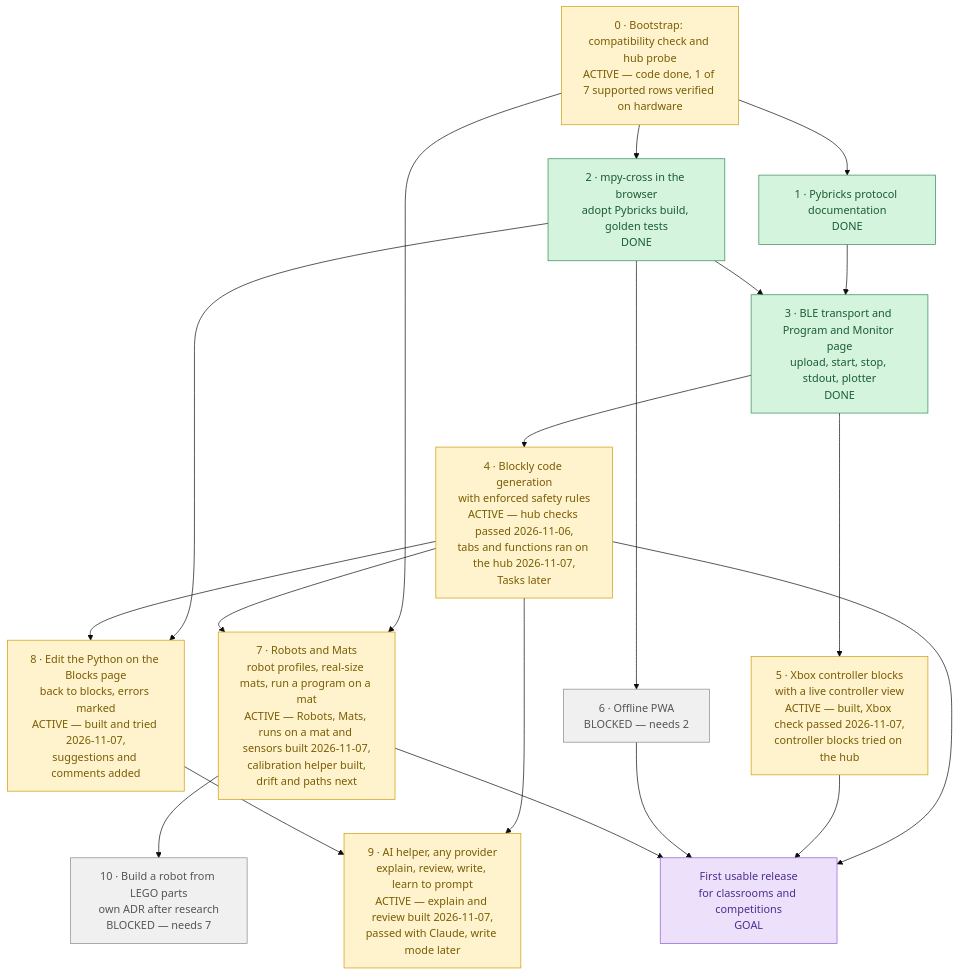
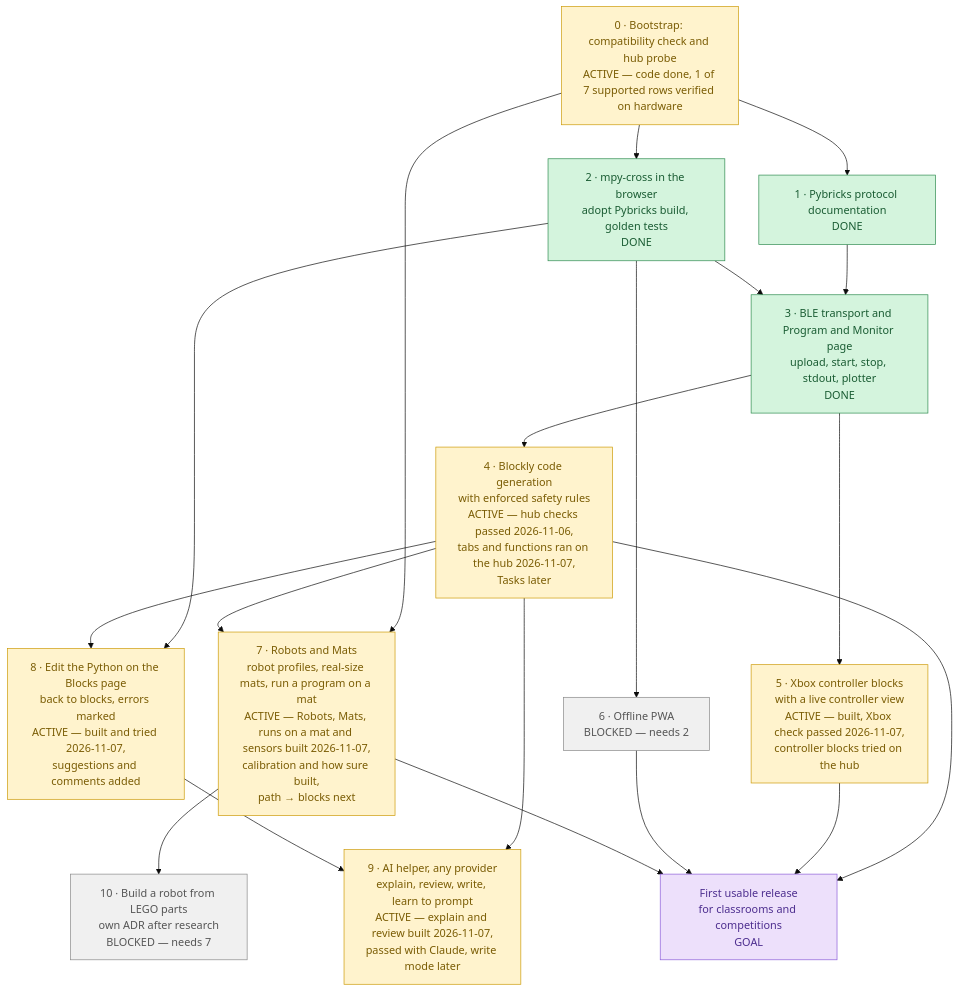
One commit to lumduan/matpilot changed the diagram in docs/roadmap.md. Above: the diagram before and after it, drawn with Mermaid (base theme). The commit also changed other lines of this file and 11 other files, not shown here.

First line of the commit message:
feat(sim): how sure is the robot (the spread of where it may end)

````diff
--- a/docs/roadmap.md
+++ b/docs/roadmap.md
@@ -10,49 +10,49 @@
 ```mermaid
 flowchart TD
     M0["0 · Bootstrap: compatibility check and hub probe<br/>ACTIVE — code done, 1 of 7 supported rows verified on hardware"]
     M1["1 · Pybricks protocol documentation<br/>DONE"]
     M2["2 · mpy-cross in the browser<br/>adopt Pybricks build, golden tests<br/>DONE"]
     M3["3 · BLE transport and Program and Monitor page<br/>upload, start, stop, stdout, plotter<br/>DONE"]
     M4["4 · Blockly code generation<br/>with enforced safety rules<br/>ACTIVE — hub checks passed 2026-11-06,<br/>tabs and functions ran on the hub 2026-11-07,<br/>Tasks later"]
     M5["5 · Xbox controller blocks<br/>with a live controller view<br/>ACTIVE — built, Xbox check passed 2026-11-07,<br/>controller blocks tried on the hub"]
     M6["6 · Offline PWA<br/>BLOCKED — needs 2"]
-    M7["7 · Robots and Mats<br/>robot profiles, real-size mats, run a program on a mat<br/>ACTIVE — Robots, Mats, runs on a mat and sensors built 2026-11-07,<br/>calibration helper built,<br/>drift and paths next"]
+    M7["7 · Robots and Mats<br/>robot profiles, real-size mats, run a program on a mat<br/>ACTIVE — Robots, Mats, runs on a mat and sensors built 2026-11-07,<br/>calibration and how sure built,<br/>path → blocks next"]
     M10["10 · Build a robot from LEGO parts<br/>own ADR after research<br/>BLOCKED — needs 7"]
     M8["8 · Edit the Python on the Blocks page<br/>back to blocks, errors marked<br/>ACTIVE — built and tried 2026-11-07,<br/>suggestions and comments added"]
     M9["9 · AI helper, any provider<br/>explain, review, write, learn to prompt<br/>ACTIVE — explain and review built 2026-11-07,<br/>passed with Claude, write mode later"]
     GOAL["First usable release<br/>for classrooms and competitions<br/>GOAL"]
 
     M0 --> M1
     M0 --> M2
     M0 --> M7
     M4 --> M7
     M7 --> M10
     M1 --> M3
     M2 --> M3
     M3 --> M4
     M3 --> M5
     M2 --> M6
     M4 --> GOAL
     M5 --> GOAL
     M6 --> GOAL
     M7 --> GOAL
     M2 --> M8
     M4 --> M8
     M4 --> M9
     M8 --> M9
 
     classDef done     fill:#d4f4dd,stroke:#2d8a4e,color:#1a5c33
     classDef active   fill:#fff3cd,stroke:#cc9a06,color:#7a5c04
     classDef ready    fill:#d6e9ff,stroke:#3b7dd8,color:#1e4d8f
     classDef blocked  fill:#f0f0f0,stroke:#888,color:#555
     classDef goal     fill:#ede0fb,stroke:#8a5cd8,color:#4d2e8f
     classDef decision fill:#fde0e0,stroke:#d05555,color:#8f2e2e
 
     class M0,M4,M5 active
     class M1,M2,M3 done
     class M7 active
     class M6,M10 blocked
     class GOAL goal
     class M8 active
     class M9 active
 ```
````
